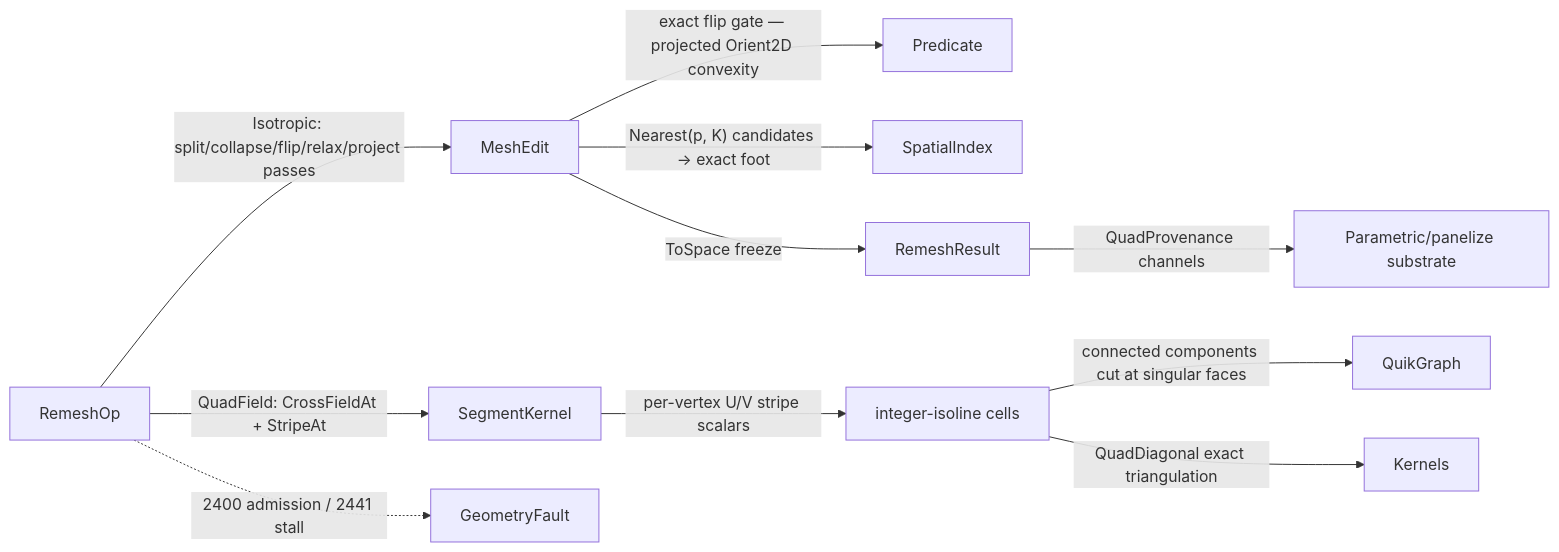
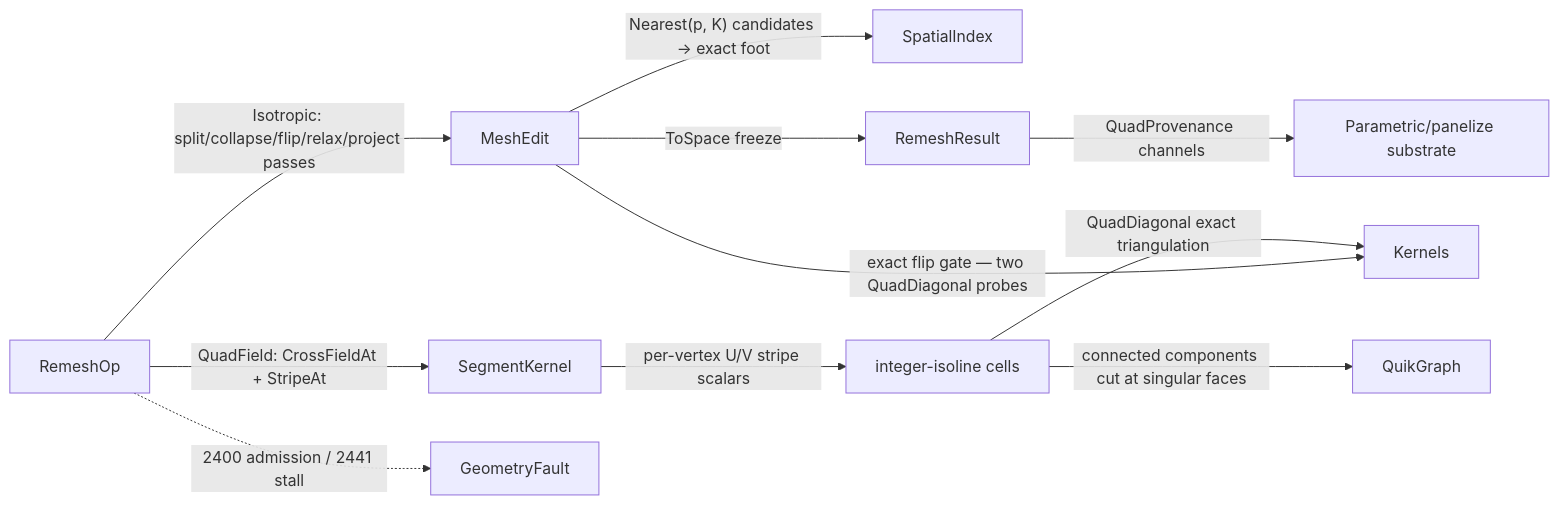
Before and after one commit to bsamiee/Rasm: the diagram in libs/csharp/Rasm/.planning/Processing/remesh.md, drawn with Mermaid. The commit also changed other lines of this file and 68 other files, not shown here.

````diff
--- a/libs/csharp/Rasm/.planning/Processing/remesh.md
+++ b/libs/csharp/Rasm/.planning/Processing/remesh.md
@@ -558,13 +547,13 @@
 ```mermaid
 flowchart LR
     RemeshOp -->|Isotropic: split/collapse/flip/relax/project passes| MeshEdit
-    MeshEdit -->|exact flip gate — projected Orient2D convexity| Predicate
+    MeshEdit -->|exact flip gate — two QuadDiagonal probes| Kernels
     MeshEdit -->|"Nearest(p, K) candidates → exact foot"| SpatialIndex
     RemeshOp -->|QuadField: CrossFieldAt + StripeAt| SegmentKernel
     SegmentKernel -->|per-vertex U/V stripe scalars| Extraction["integer-isoline cells"]
     Extraction -->|connected components cut at singular faces| QuikGraph
     Extraction -->|QuadDiagonal exact triangulation| Kernels
     MeshEdit -->|ToSpace freeze| RemeshResult
     RemeshResult -->|QuadProvenance channels| Panelize["Parametric/panelize substrate"]
     RemeshOp -.->|2400 admission / 2441 stall| GeometryFault
 ```
````
